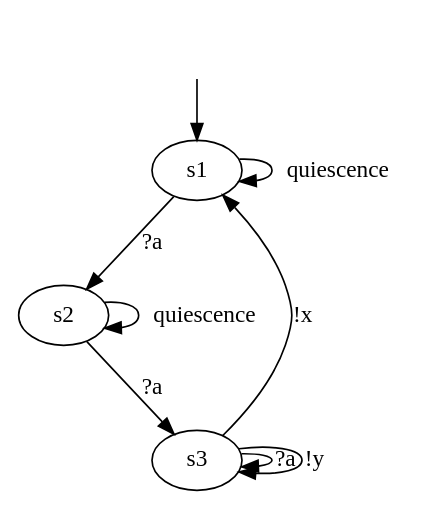
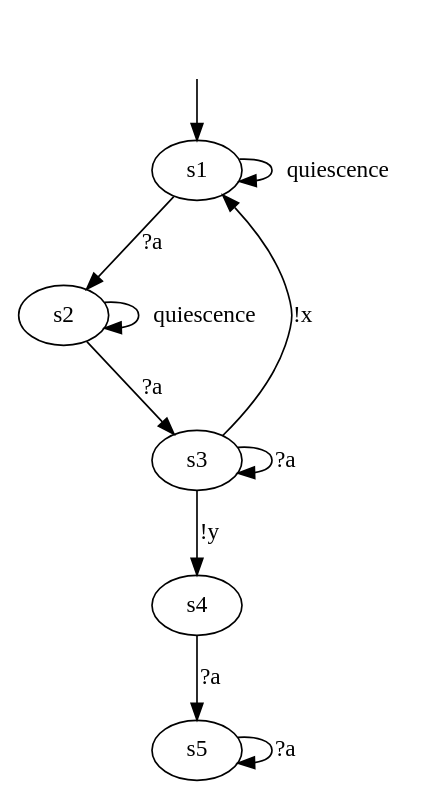
One commit to haubitzer/AALpy changed the diagram in DotModels/Iolts/08_iolts.dot. Above: the diagram before and after it, drawn with Graphviz. The commit also changed 20 other files, not shown here.

```diff
--- a/DotModels/Iolts/08_iolts.dot
+++ b/DotModels/Iolts/08_iolts.dot
@@ -1,14 +1,18 @@
 digraph "../../DotModels/Iolts/08_iolts" {
 s1 [label=s1];
 s2 [label=s2];
 s3 [label=s3];
+s4 [label=s4];
+s5 [label=s5];
 s1 -> s1  [label=quiescence];
 s1 -> s2  [label="?a"];
 s2 -> s2  [label=quiescence];
 s2 -> s3  [label="?a"];
 s3 -> s1  [label="!x"];
 s3 -> s3  [label="?a"];
-s3 -> s3  [label="!y"];
+s3 -> s4  [label="!y"];
+s4 -> s5  [label="?a"];
+s5 -> s5  [label="?a"];
 __start0 [label="", shape=none];
 __start0 -> s1  [label=""];
 }
```
